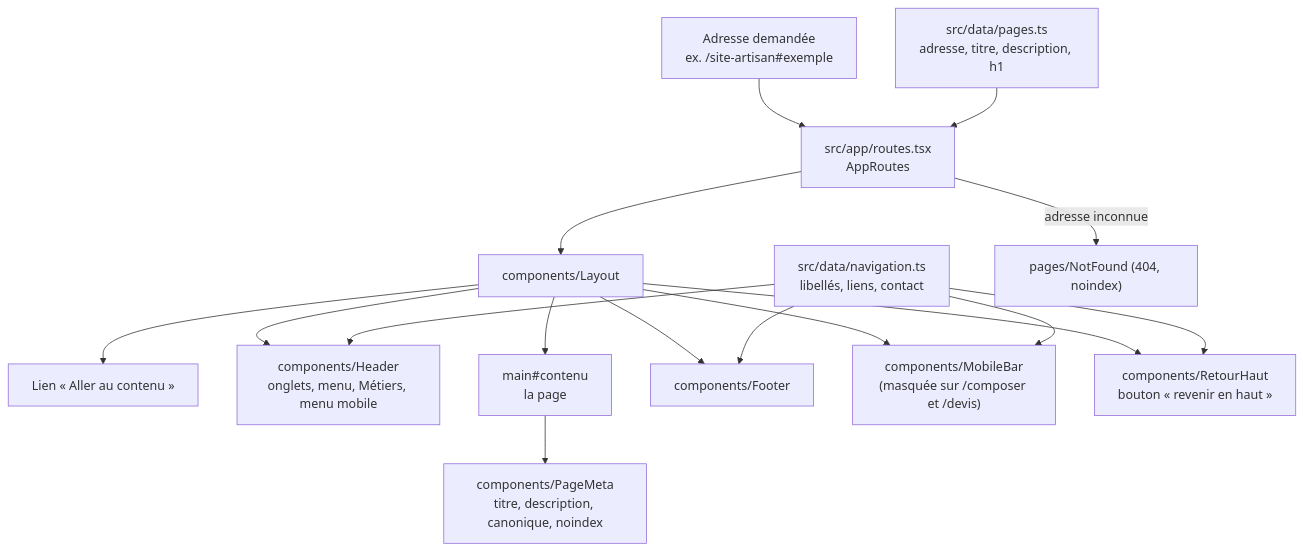
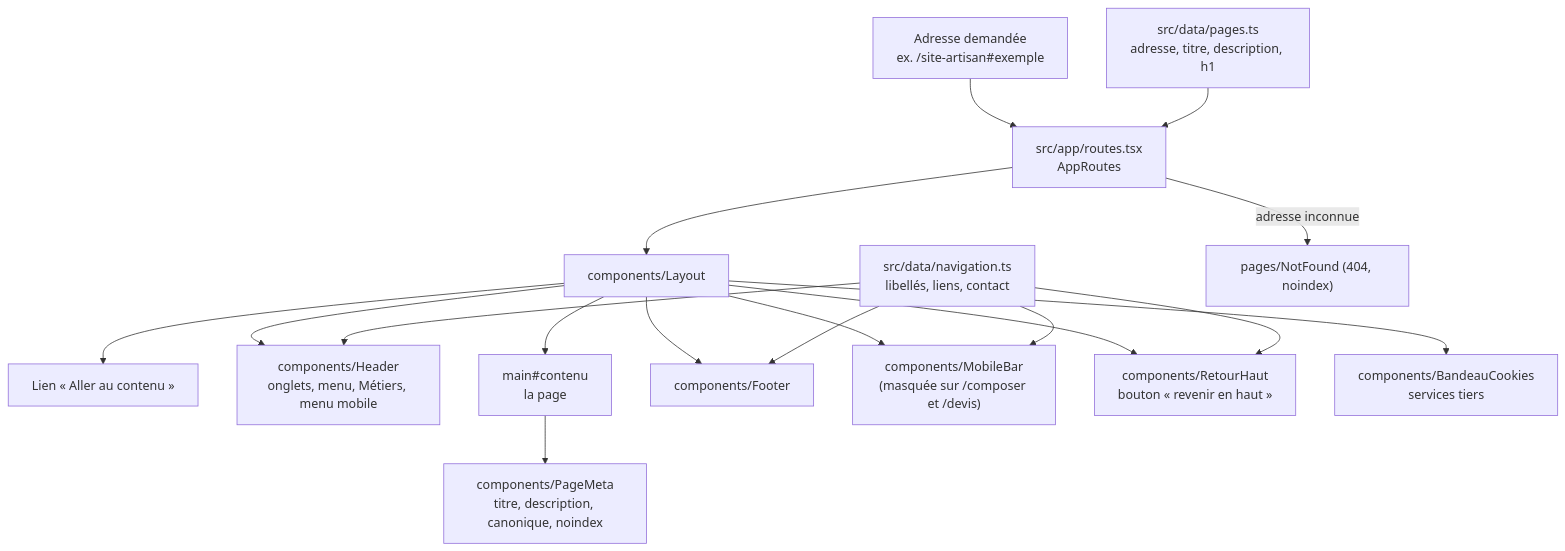
One commit to bsandoz79/bsandoz-site changed the first of 2 diagrams in docs/fonctionnalites/navigation.md. Above: the diagram before and after it, drawn with Mermaid. The commit also changed other lines of this file and 12 other files, not shown here.

Commit message:
feat: bandeau des services tiers, choix gardé 6 mois

````diff
--- a/docs/fonctionnalites/navigation.md
+++ b/docs/fonctionnalites/navigation.md
@@ -7,15 +7,16 @@
 ```mermaid
 flowchart TB
   url["Adresse demandée<br/>ex. /site-artisan#exemple"] --> routes["src/app/routes.tsx<br/>AppRoutes"]
   pagesData["src/data/pages.ts<br/>adresse, titre, description, h1"] --> routes
   routes --> layout["components/Layout"]
   layout --> skip["Lien « Aller au contenu »"]
   layout --> header["components/Header<br/>onglets, menu, Métiers, menu mobile"]
   layout --> main["main#contenu<br/>la page"]
   layout --> footer["components/Footer"]
   layout --> bar["components/MobileBar<br/>(masquée sur /composer et /devis)"]
   layout --> haut["components/RetourHaut<br/>bouton « revenir en haut »"]
+  layout --> bandeau["components/BandeauCookies<br/>services tiers"]
   nav["src/data/navigation.ts<br/>libellés, liens, contact"] --> header & footer & bar & haut
   main --> meta["components/PageMeta<br/>titre, description, canonique, noindex"]
   routes -- "adresse inconnue" --> nf["pages/NotFound (404, noindex)"]
 ```
````
